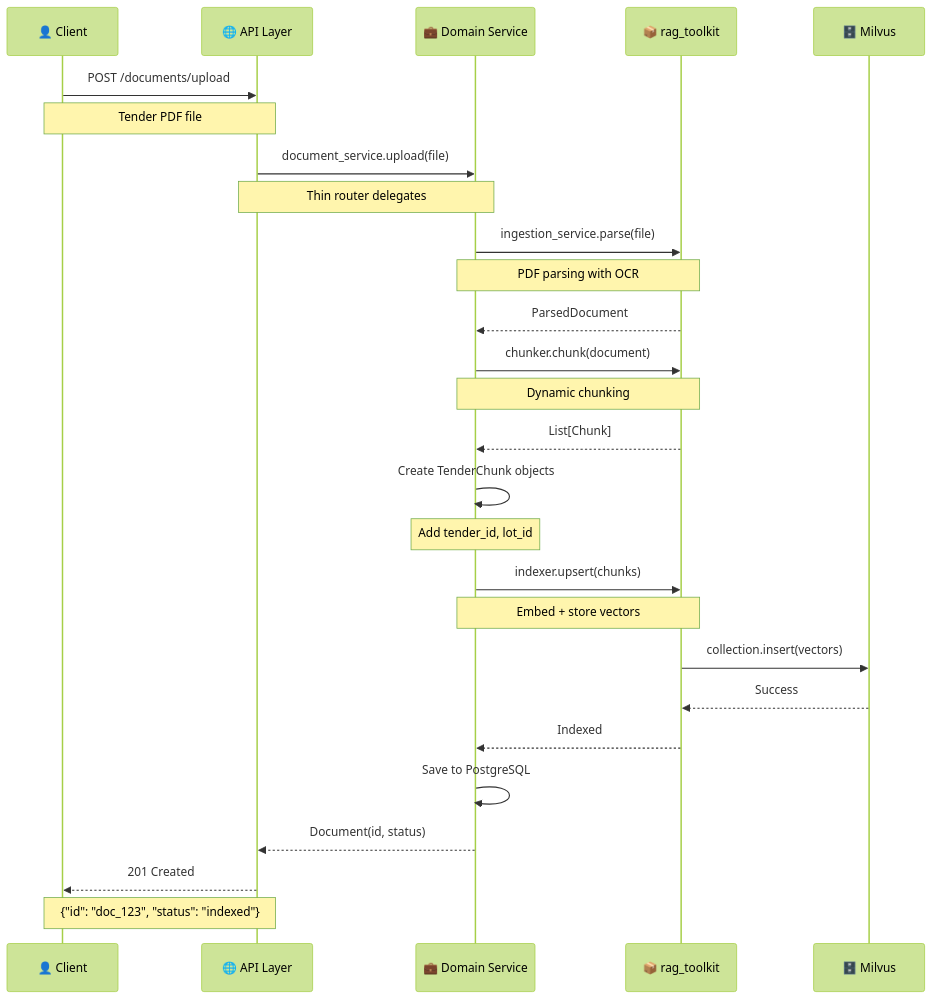
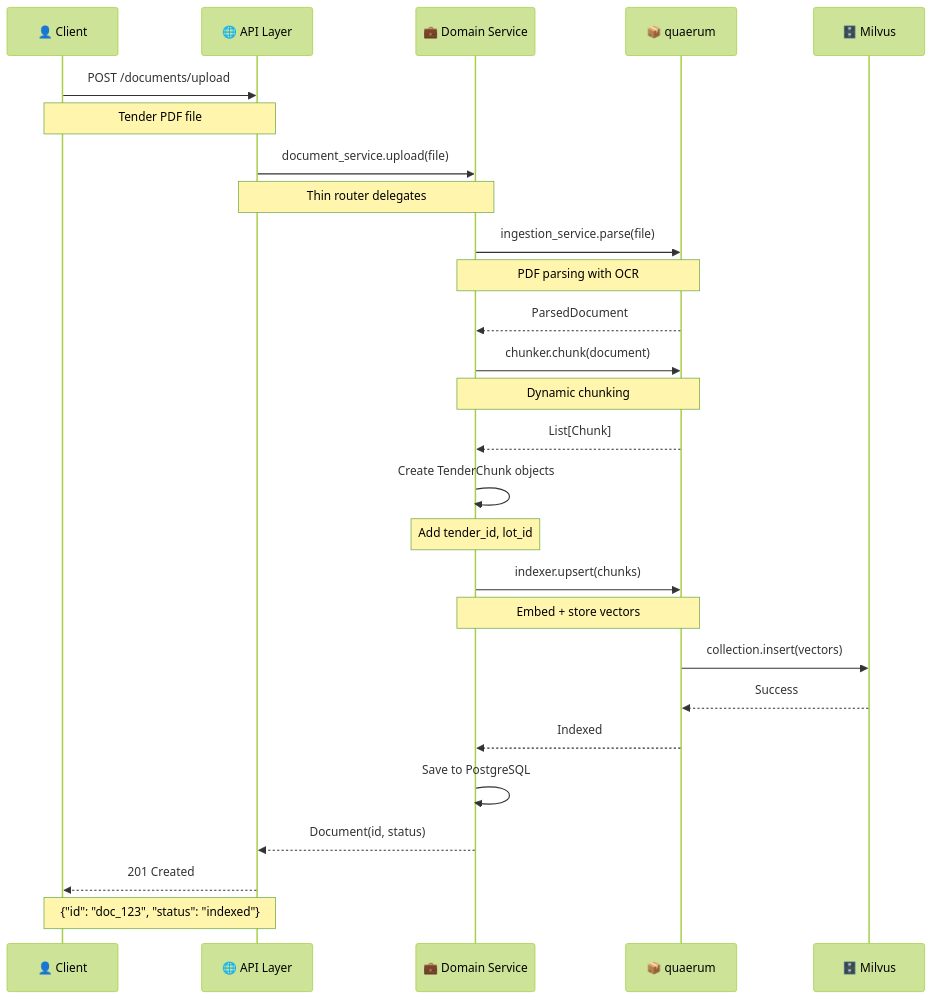
The third of 4 diagrams in docs/architecture/overview.md (gmottola00/Tender-RAG-Lab), drawn with Mermaid (forest theme) before and after one commit. The commit also changed other lines of this file and 18 other files, not shown here.

````diff
--- a/docs/architecture/overview.md
+++ b/docs/architecture/overview.md
@@ -576,38 +576,38 @@
 ```mermaid
 sequenceDiagram
     participant C as 👤 Client
     participant A as 🌐 API Layer
     participant D as 💼 Domain Service
-    participant R as 📦 rag_toolkit
+    participant R as 📦 quaerum
     participant M as 🗄️ Milvus
     
     C->>A: POST /documents/upload
     Note over C,A: Tender PDF file
     
     A->>D: document_service.upload(file)
     Note over A,D: Thin router delegates
     
     D->>R: ingestion_service.parse(file)
     Note over D,R: PDF parsing with OCR
     R-->>D: ParsedDocument
     
     D->>R: chunker.chunk(document)
     Note over D,R: Dynamic chunking
     R-->>D: List[Chunk]
     
     D->>D: Create TenderChunk objects
     Note over D: Add tender_id, lot_id
     
     D->>R: indexer.upsert(chunks)
     Note over D,R: Embed + store vectors
     
     R->>M: collection.insert(vectors)
     M-->>R: Success
     R-->>D: Indexed
     
     D->>D: Save to PostgreSQL
     D-->>A: Document(id, status)
     
     A-->>C: 201 Created
     Note over A,C: {"id": "doc_123", "status": "indexed"}
 ```
````
